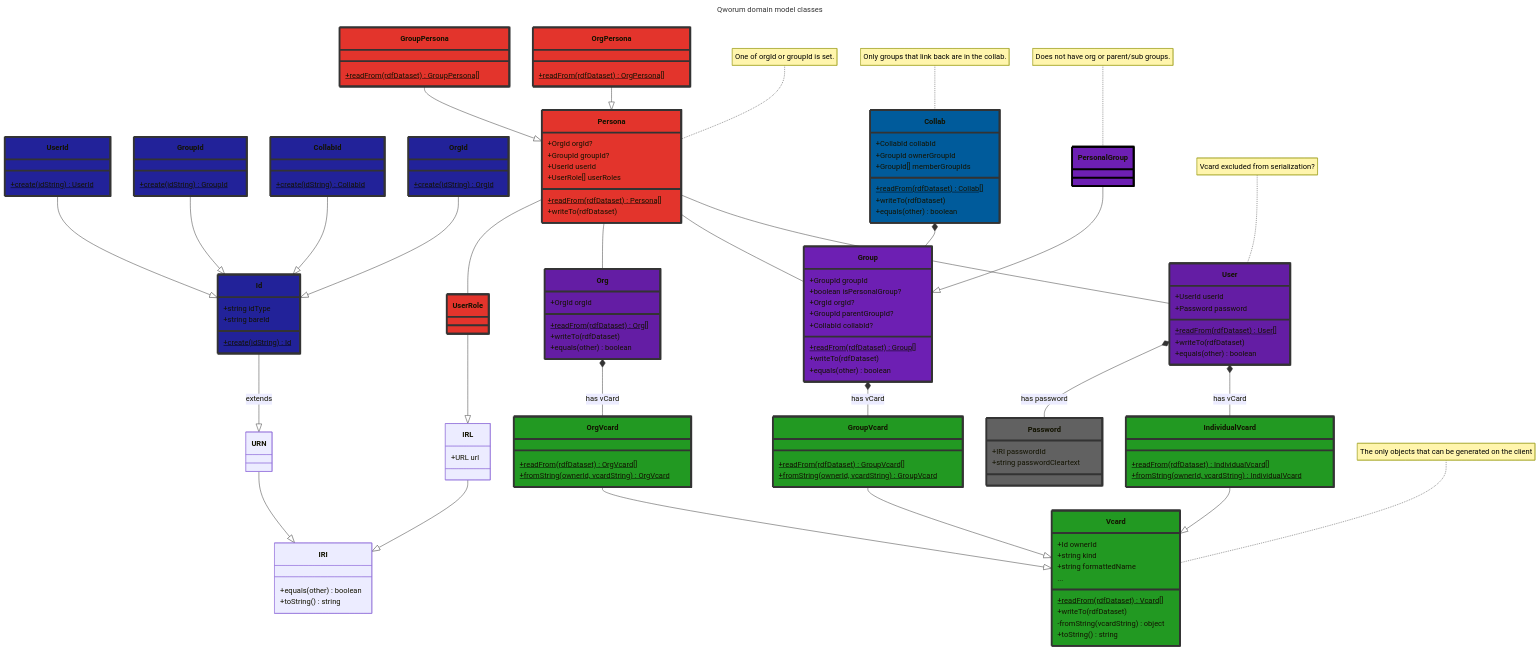
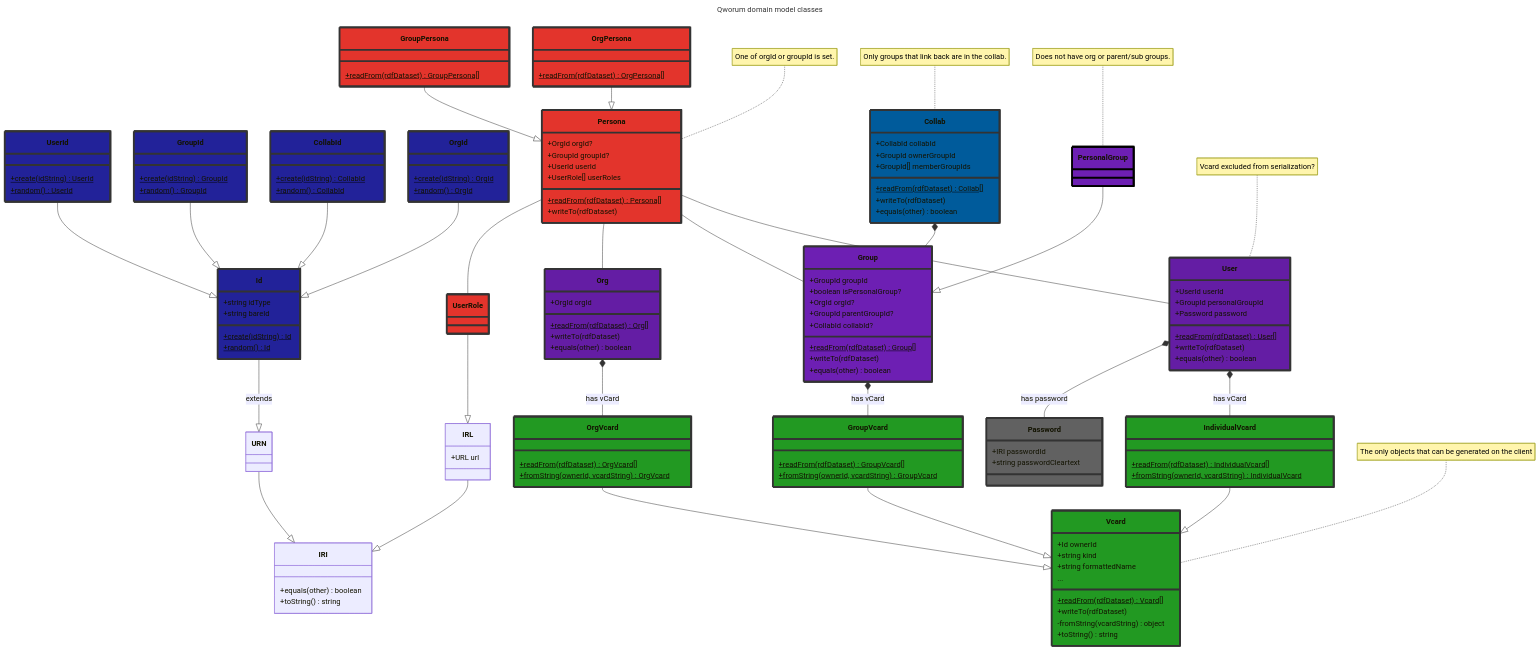
One commit to doga/qworum-domain-model changed the first of 2 diagrams in README.md. Above: the diagram before and after it, drawn with Mermaid. The commit also changed other lines of this file and 4 other files, not shown here.

Commit message:
add personal group property to user

```diff
--- a/README.md
+++ b/README.md
@@ -35,21 +35,27 @@
     +string idType
     +string bareId
     +create(idString) Id$
+    +random() Id$
   }
   class UserId{
     +create(idString) UserId$
+    +random() UserId$
   }
   class GroupId{
     +create(idString) GroupId$
+    +random() GroupId$
   }
   class CollabId{
     +create(idString) CollabId$
+    +random() CollabId$
   }
   class OrgId{
     +create(idString) OrgId$
+    +random() OrgId$
   }
   class User{
     +UserId userId
+    +GroupId personalGroupId
     +Password password
     +readFrom(rdfDataset) User[]$
     +writeTo(rdfDataset)
```
